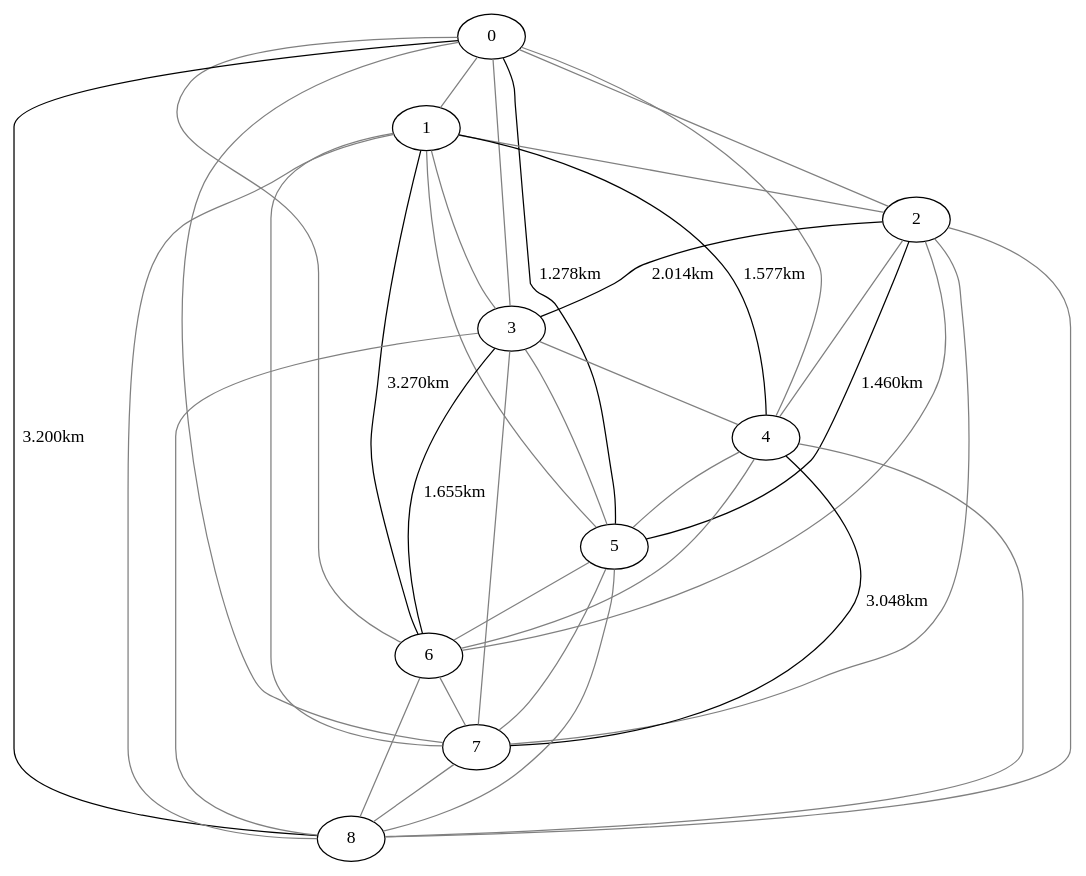
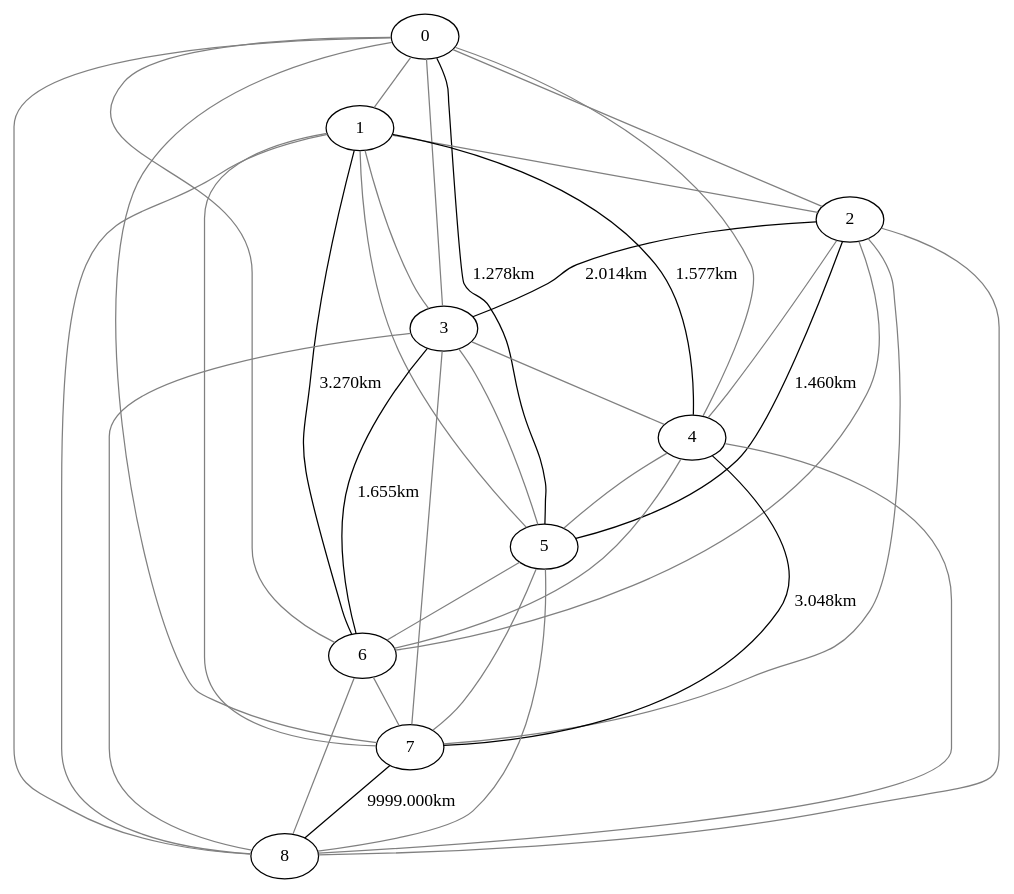
Before and after one commit to RenatoMoraesUFES/MCVRPIRFTW: the diagram in bin/OUTPUT/01-C06F1M3_solucao_pcv.dot, drawn with Graphviz. The commit also changed 5 other files, not shown here.

```diff
--- a/bin/OUTPUT/01-C06F1M3_solucao_pcv.dot
+++ b/bin/OUTPUT/01-C06F1M3_solucao_pcv.dot
@@ -1,38 +1,38 @@
 strict graph {
 0--1 [color=grey];
 0--2 [color=grey];
 0--3 [color=grey];
 0--4 [color=grey];
 0--5 [label =  "1.278km"];
 0--6 [color=grey];
 0--7 [color=grey];
-0--8 [label =  "3.200km"];
+0--8 [color=grey];
 1--2 [color=grey];
 1--3 [color=grey];
 1--4 [label =  "1.577km"];
 1--5 [color=grey];
 1--6 [label = "3.270km"];
 1--7 [color=grey];
 1--8 [color=grey];
 2--3 [label =  "2.014km"];
 2--4 [color=grey];
 2--5 [label = "1.460km"];
 2--6 [color=grey];
 2--7 [color=grey];
 2--8 [color=grey];
 3--4 [color=grey];
 3--5 [color=grey];
 3--6 [label =  "1.655km"];
 3--7 [color=grey];
 3--8 [color=grey];
 4--5 [color=grey];
 4--6 [color=grey];
 4--7 [label =  "3.048km"];
 4--8 [color=grey];
 5--6 [color=grey];
 5--7 [color=grey];
 5--8 [color=grey];
 6--7 [color=grey];
 6--8 [color=grey];
-7--8 [color=grey];
+7--8 [label =  "9999.000km"];
 }
```
